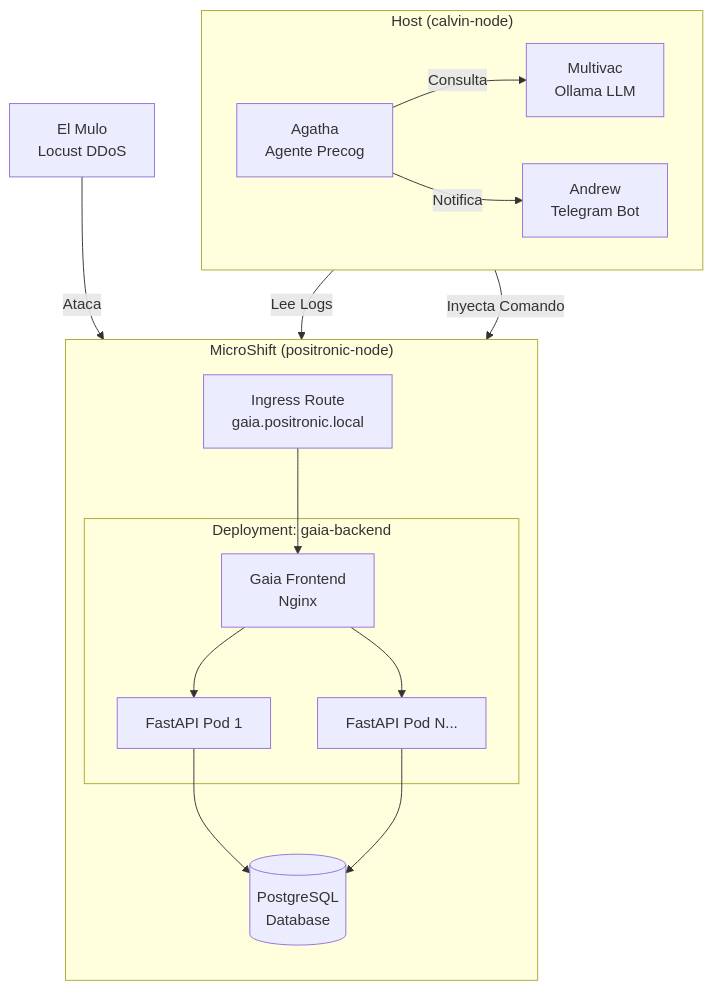
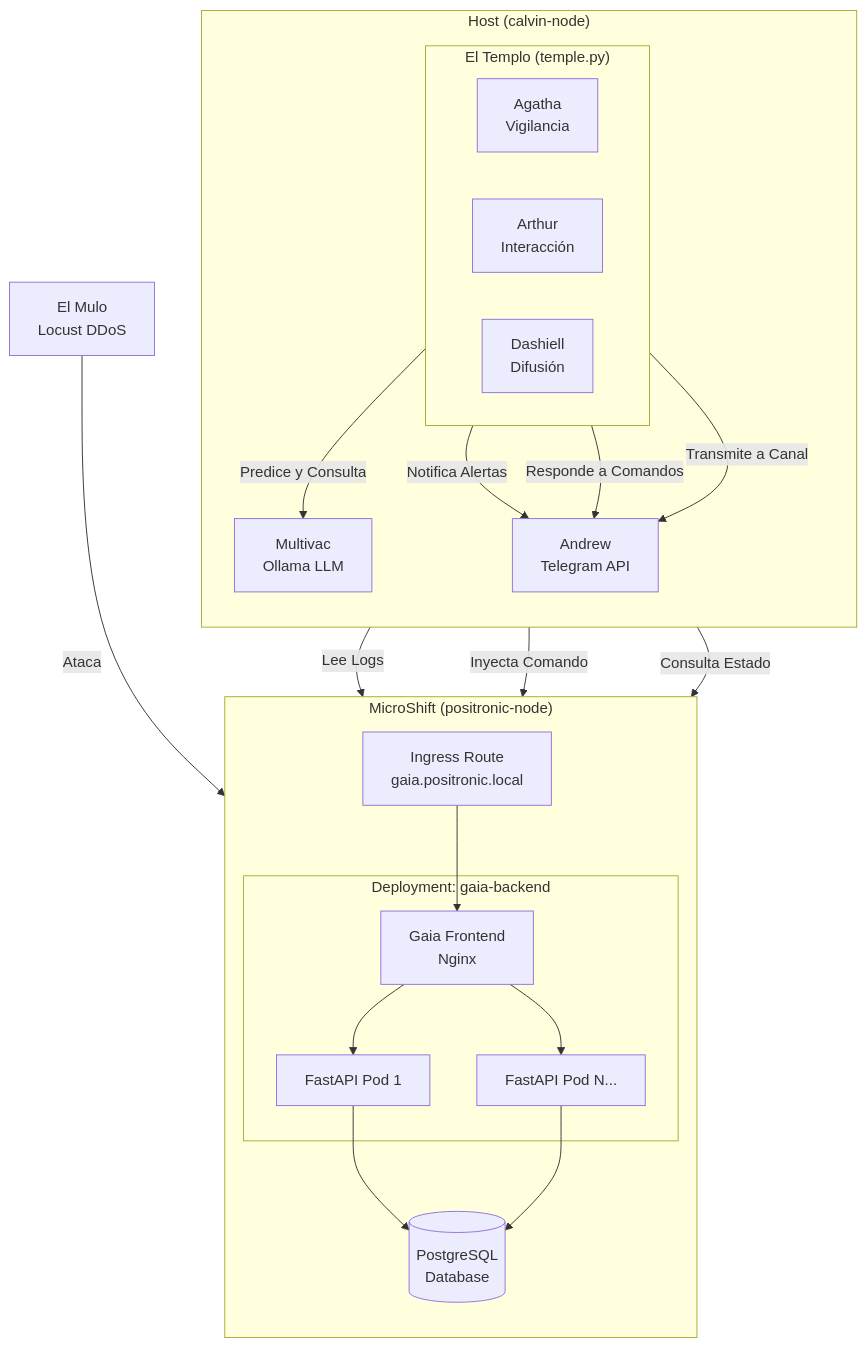
The diagram in precogs/README.md (rootzilopochtli/suenan-los-sysadmins-con-pinguinos-electricos), drawn with Mermaid before and after one commit.

Commit message:
Updating diagram on precogs/README.md

````diff
--- a/precogs/README.md
+++ b/precogs/README.md
@@ -11,25 +11,41 @@
 ```mermaid
 graph TD
     subgraph "MicroShift (positronic-node)"
         direction TB
         I[Ingress Route<br/>gaia.positronic.local] --> F[Gaia Frontend<br/>Nginx]
 
         subgraph "Deployment: gaia-backend"
             F --> B1[FastAPI Pod 1]
             F --> B2[FastAPI Pod N...]
         end
 
         B1 --> D[(PostgreSQL<br/>Database)]
         B2 --> D
     end
 
     subgraph "Host (calvin-node)"
-        direction LR
-        A[Agatha<br/>Agente Precog] -- Lee Logs --> F
-        A -- Consulta --> M[Multivac<br/>Ollama LLM]
-        A -- Notifica --> W[Andrew<br/>Telegram Bot]
+        direction TB
+
+        subgraph "El Templo (temple.py)"
+            direction LR
+            AG[Agatha<br/>Vigilancia]
+            AR[Arthur<br/>Interacción]
+            DA[Dashiell<br/>Difusión]
+        end
+
+        M[Multivac<br/>Ollama LLM]
+        W[Andrew<br/>Telegram API]
+
+        AG -- Lee Logs --> F
+        AG -- Predice y Consulta --> M
         M -- Inyecta Comando --> B1
+
+        AR -- Consulta Estado --> B1
+
+        AG -- Notifica Alertas --> W
+        AR -- Responde a Comandos --> W
+        DA -- Transmite a Canal --> W
     end
 
     C[El Mulo<br/>Locust DDoS] -- Ataca --> I
 ```
````
